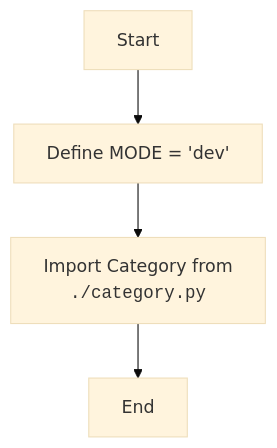
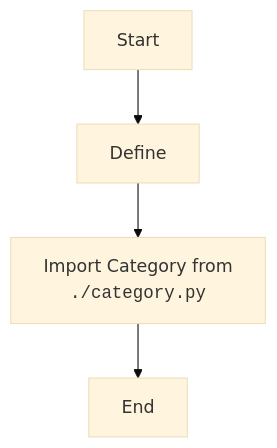
One commit to hypo69/hypo changed the diagram in docs/gemini/ru/explainer/src/category/__init__.py.md. Above: the diagram before and after it, drawn with Mermaid (base theme). The commit also changed other lines of this file and 6031 other files, not shown here.

````diff
--- a/docs/gemini/ru/explainer/src/category/__init__.py.md
+++ b/docs/gemini/ru/explainer/src/category/__init__.py.md
@@ -13,6 +13,6 @@
 ```mermaid
 flowchart TD
-    Start --> DefineMode[Define MODE = 'dev']
+    Start --> DefineMode[Define ]
     DefineMode --> ImportCategory[Import Category from <br> <code>./category.py</code>]
     ImportCategory --> End
 ```
````
